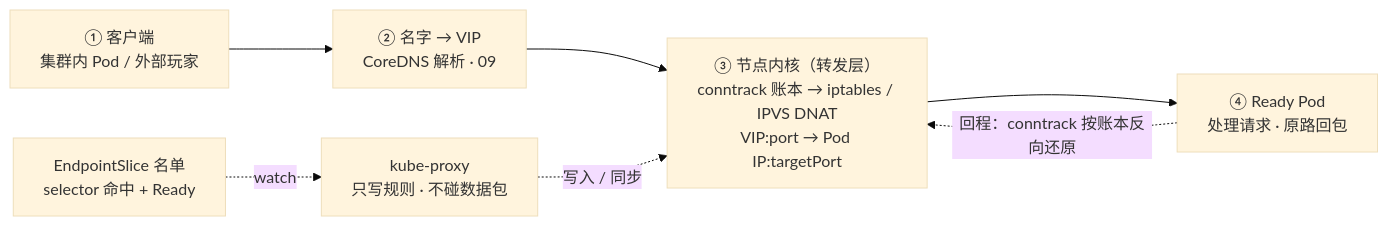
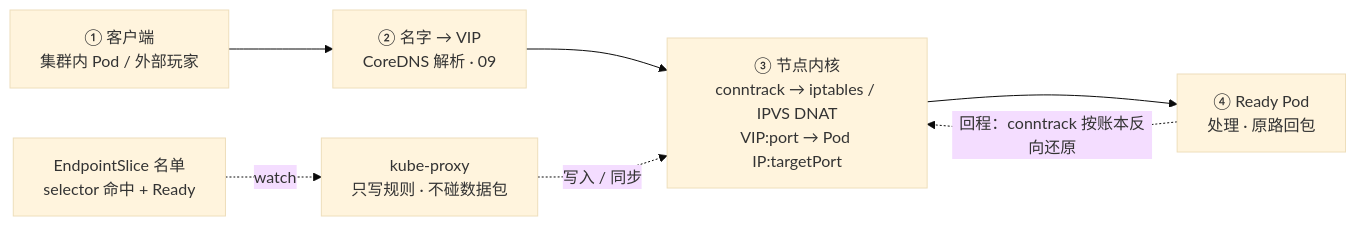
The first of 5 diagrams in 03-Kubernetes/08-Service与kube-proxy/知识点.md (ml-cuizijun/LearnToLilith), drawn with Mermaid (base theme) before and after one commit. The commit also changed other lines of this file and 178 other files, not shown here.

````diff
--- a/03-Kubernetes/08-Service与kube-proxy/知识点.md
+++ b/03-Kubernetes/08-Service与kube-proxy/知识点.md
@@ -19,9 +15,9 @@
 ```mermaid
 flowchart LR
     C["① 客户端<br/>集群内 Pod / 外部玩家"] --> NAME["② 名字 → VIP<br/>CoreDNS 解析 · 09"]
-    NAME --> K["③ 节点内核（转发层）<br/>conntrack 账本 → iptables / IPVS DNAT<br/>VIP:port → Pod IP:targetPort"]
-    K --> P["④ Ready Pod<br/>处理请求 · 原路回包"]
+    NAME --> K["③ 节点内核<br/>conntrack → iptables / IPVS DNAT<br/>VIP:port → Pod IP:targetPort"]
+    K --> P["④ Ready Pod<br/>处理 · 原路回包"]
     P -.->|"回程：conntrack 按账本反向还原"| K
     S["EndpointSlice 名单<br/>selector 命中 + Ready"] -.->|watch| KP
     KP["kube-proxy<br/>只写规则 · 不碰数据包"] -.->|写入 / 同步| K
 ```
````
